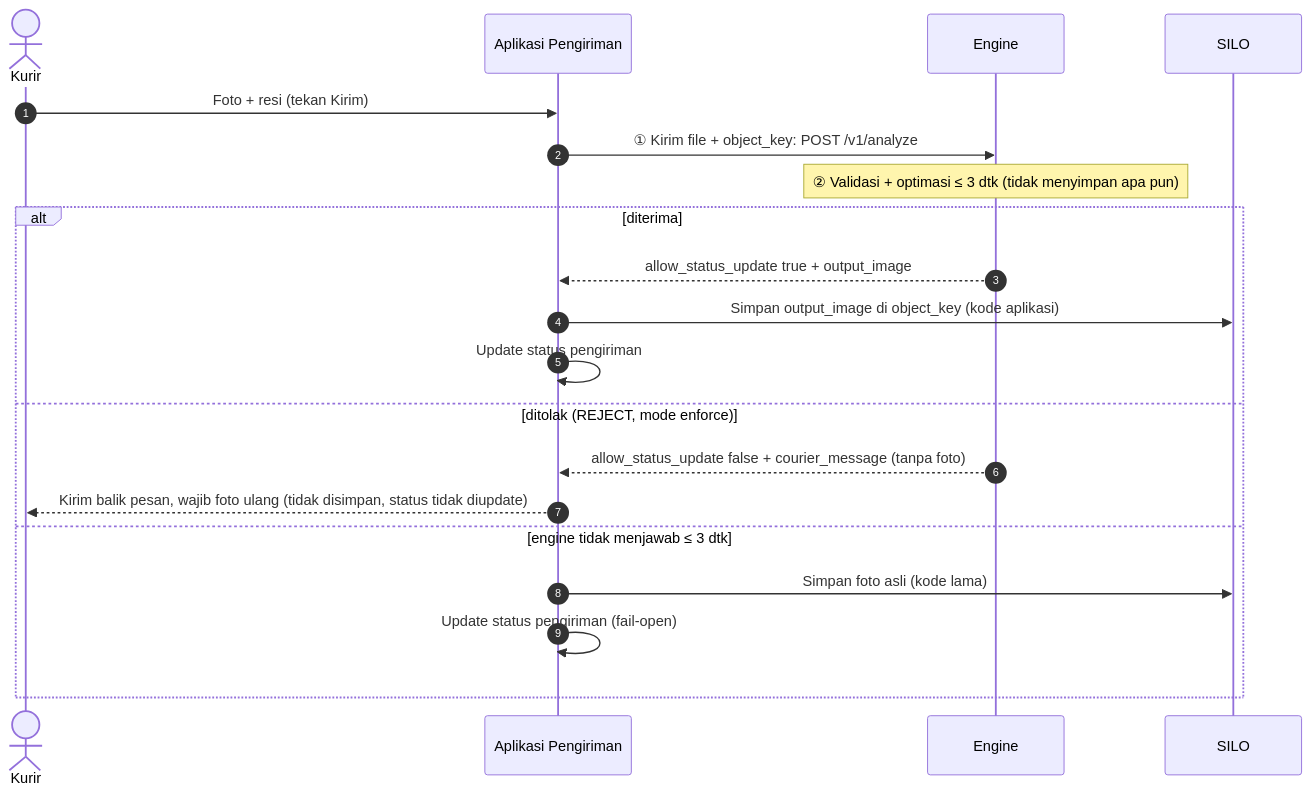
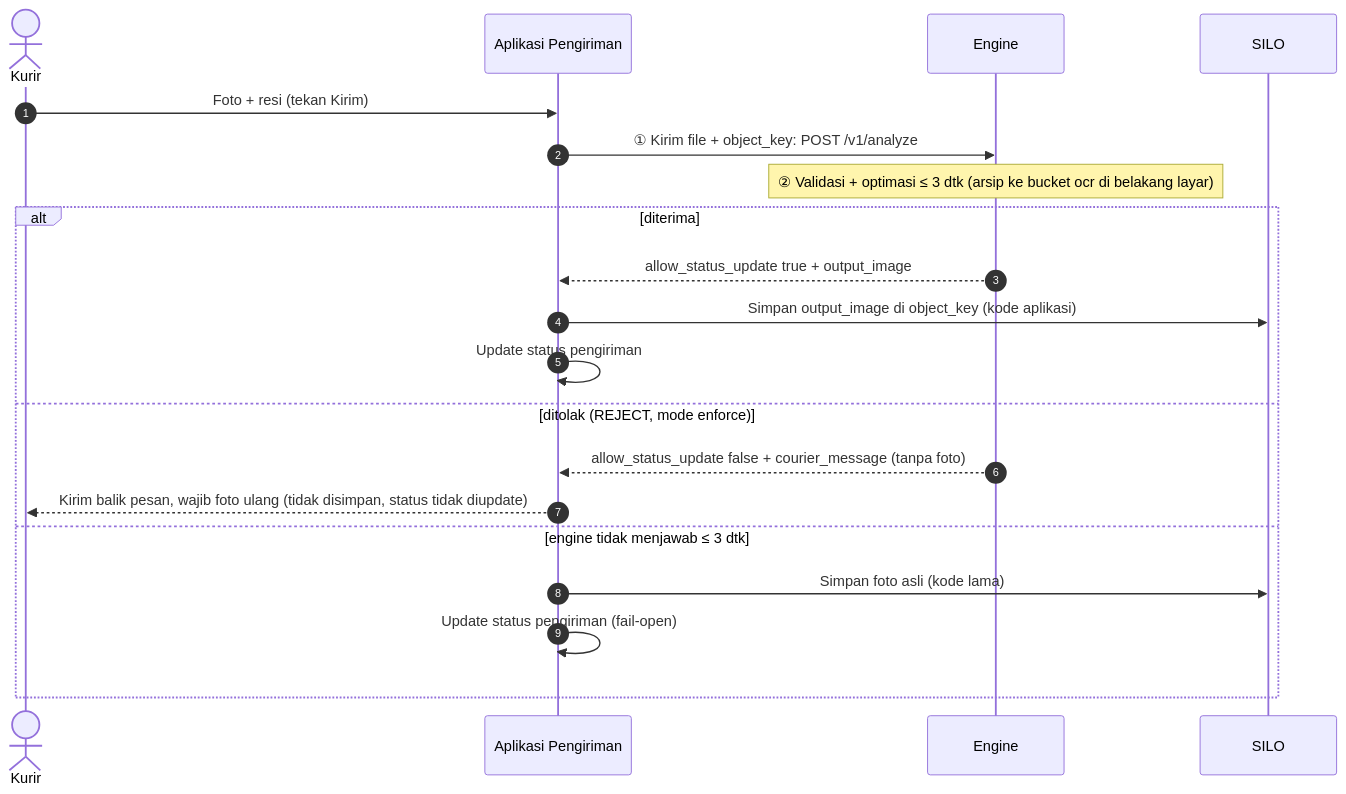
Before and after one commit to anas-fikri/ocr-engine: the first of 2 diagrams in docs/integration-guide.md, drawn with Mermaid. The commit also changed other lines of this file and 1 other file, not shown here.

First line of the commit message:
docs: describe engine archive bucket ocr (in progress)

````diff
--- a/docs/integration-guide.md
+++ b/docs/integration-guide.md
@@ -64,22 +68,22 @@
 ```mermaid
 sequenceDiagram
     autonumber
     actor K as Kurir
     participant BE as Aplikasi Pengiriman
     participant E as Engine
     participant S as SILO
     K->>BE: Foto + resi (tekan Kirim)
     BE->>E: ① Kirim file + object_key: POST /v1/analyze
-    note over E: ② Validasi + optimasi ≤ 3 dtk (tidak menyimpan apa pun)
+    note over E: ② Validasi + optimasi ≤ 3 dtk (arsip ke bucket ocr di belakang layar)
     alt diterima
         E-->>BE: allow_status_update true + output_image
         BE->>S: Simpan output_image di object_key (kode aplikasi)
         BE->>BE: Update status pengiriman
     else ditolak (REJECT, mode enforce)
         E-->>BE: allow_status_update false + courier_message (tanpa foto)
         BE-->>K: Kirim balik pesan, wajib foto ulang (tidak disimpan, status tidak diupdate)
     else engine tidak menjawab ≤ 3 dtk
         BE->>S: Simpan foto asli (kode lama)
         BE->>BE: Update status pengiriman (fail-open)
     end
 ```
````
